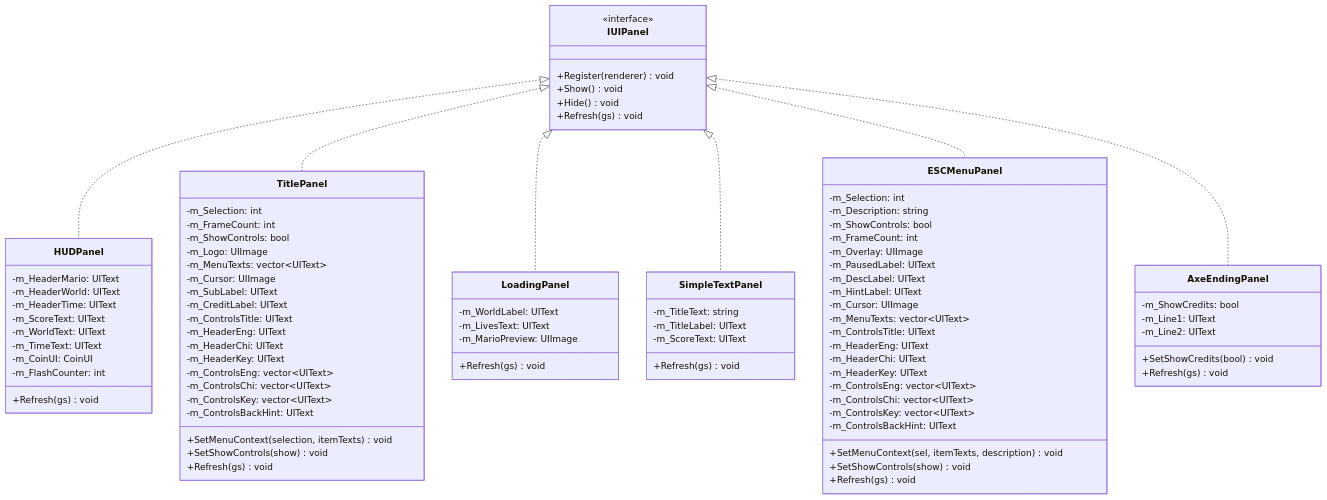
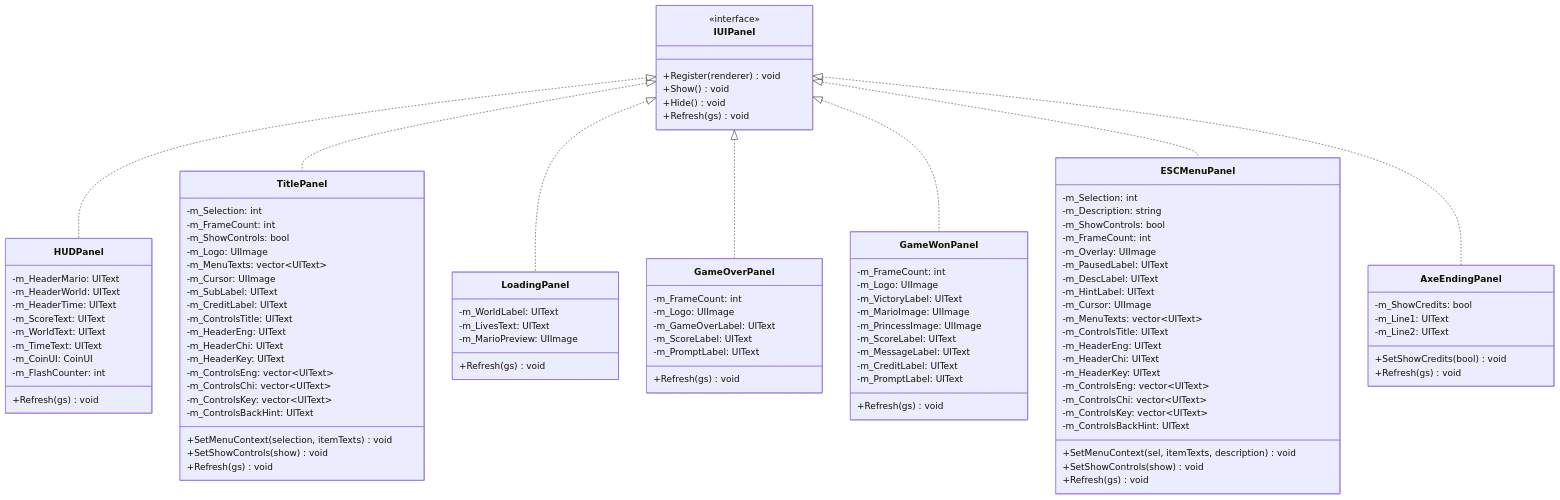
One commit to Andy87877/NTUT_OOPL_mario changed the seventh of 28 diagrams in Constructure.md. Above: the diagram before and after it, drawn with Mermaid. The commit also changed other lines of this file and 27 other files, not shown here.

````diff
--- a/Constructure.md
+++ b/Constructure.md
@@ -566,11 +575,25 @@
         -m_LivesText: UIText
         -m_MarioPreview: UIImage
     }
-    class SimpleTextPanel {
+    class GameOverPanel {
         +Refresh(gs) void
-        -m_TitleText: string
-        -m_TitleLabel: UIText
-        -m_ScoreText: UIText
+        -m_FrameCount: int
+        -m_Logo: UIImage
+        -m_GameOverLabel: UIText
+        -m_ScoreLabel: UIText
+        -m_PromptLabel: UIText
+    }
+    class GameWonPanel {
+        +Refresh(gs) void
+        -m_FrameCount: int
+        -m_Logo: UIImage
+        -m_VictoryLabel: UIText
+        -m_MarioImage: UIImage
+        -m_PrincessImage: UIImage
+        -m_ScoreLabel: UIText
+        -m_MessageLabel: UIText
+        -m_CreditLabel: UIText
+        -m_PromptLabel: UIText
     }
     class ESCMenuPanel {
         +SetMenuContext(sel, itemTexts, description) void
@@ -605,7 +628,8 @@
     IUIPanel <|.. HUDPanel
     IUIPanel <|.. TitlePanel
     IUIPanel <|.. LoadingPanel
-    IUIPanel <|.. SimpleTextPanel
+    IUIPanel <|.. GameOverPanel
+    IUIPanel <|.. GameWonPanel
     IUIPanel <|.. ESCMenuPanel
     IUIPanel <|.. AxeEndingPanel
 ```
````
